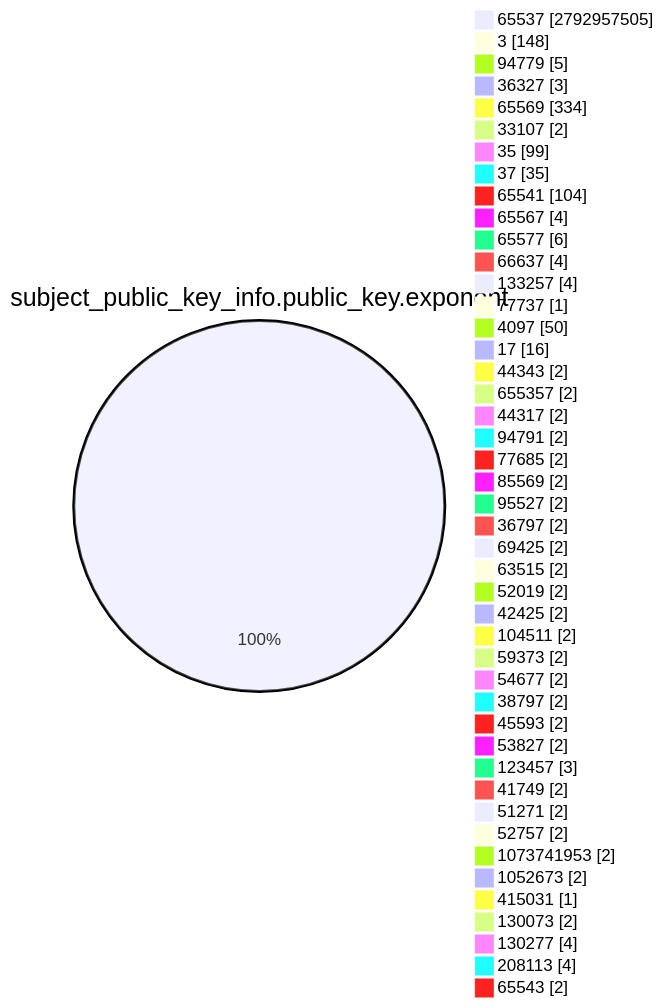
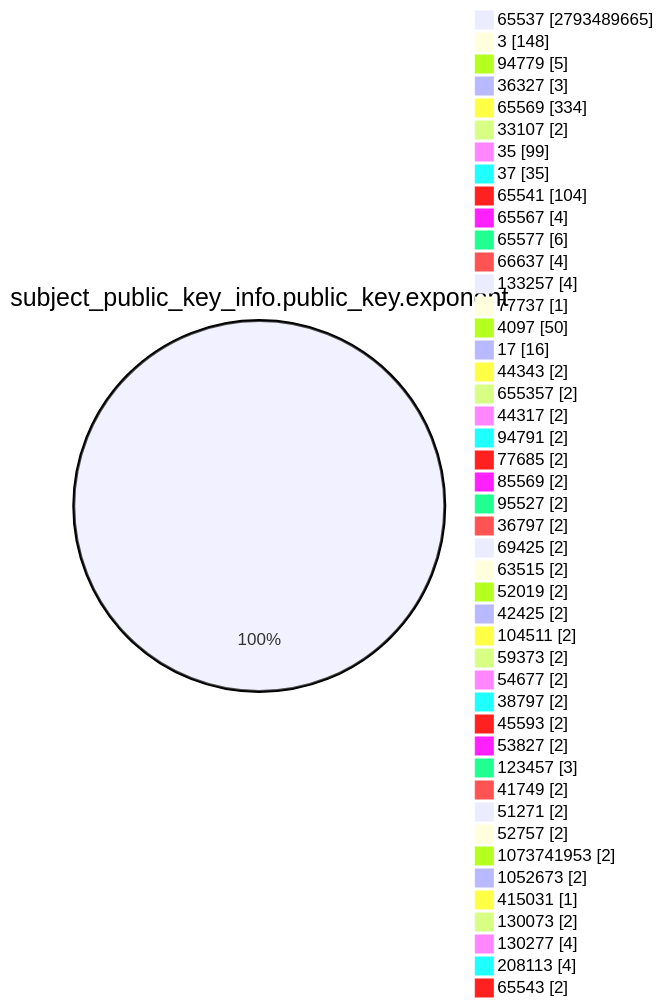
Before and after one commit to christiankrug/ctmonitor_visualization: the fourth of 15 diagrams in TOTAL/README.md, drawn with Mermaid. The commit also changed other lines of this file, not shown here.

````diff
--- a/TOTAL/README.md
+++ b/TOTAL/README.md
@@ -1467,49 +1467,49 @@
 ```mermaid
 pie showData
 title subject_public_key_info.public_key.exponent
-"65537" :2792957505
+"65537" :2793489665
 "3" :148
 "94779" :5
 "36327" :3
 "65569" :334
 "33107" :2
 "35" :99
 "37" :35
 "65541" :104
 "65567" :4
 "65577" :6
 "66637" :4
 "133257" :4
 "77737" :1
 "4097" :50
 "17" :16
 "44343" :2
 "655357" :2
 "44317" :2
 "94791" :2
 "77685" :2
 "85569" :2
 "95527" :2
 "36797" :2
 "69425" :2
 "63515" :2
 "52019" :2
 "42425" :2
 "104511" :2
 "59373" :2
 "54677" :2
 "38797" :2
 "45593" :2
 "53827" :2
 "123457" :3
 "41749" :2
 "51271" :2
 "52757" :2
 "1073741953" :2
 "1052673" :2
 "415031" :1
 "130073" :2
 "130277" :4
 "208113" :4
 "65543" :2
 ```
````
